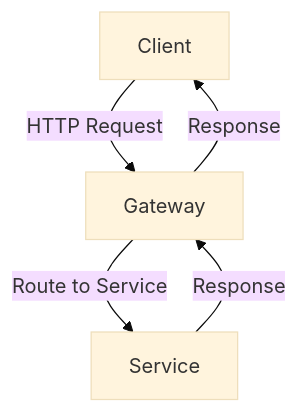
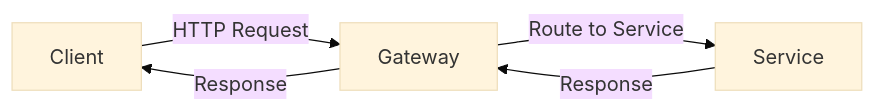
The fourth of 9 diagrams in content/post/2024/2024-08-27-kubernetes-gateway-api/index.md (42jerrykim/42jerrykim.github.io), drawn with Mermaid (base theme) before and after one commit. The commit also changed other lines of this file and 239 other files, not shown here.

````diff
--- a/content/post/2024/2024-08-27-kubernetes-gateway-api/index.md
+++ b/content/post/2024/2024-08-27-kubernetes-gateway-api/index.md
@@ -478,7 +299,7 @@
 ```mermaid
-graph TD;
-    A[Client] -->|HTTP Request| B[Gateway];
-    B -->|Route to Service| C[Service];
-    C -->|Response| B;
-    B -->|Response| A;
+graph LR
+  Client["Client"] -->|"HTTP Request"| Gateway["Gateway"]
+  Gateway -->|"Route to Service"| Service["Service"]
+  Service -->|"Response"| Gateway
+  Gateway -->|"Response"| Client
 ```
````
